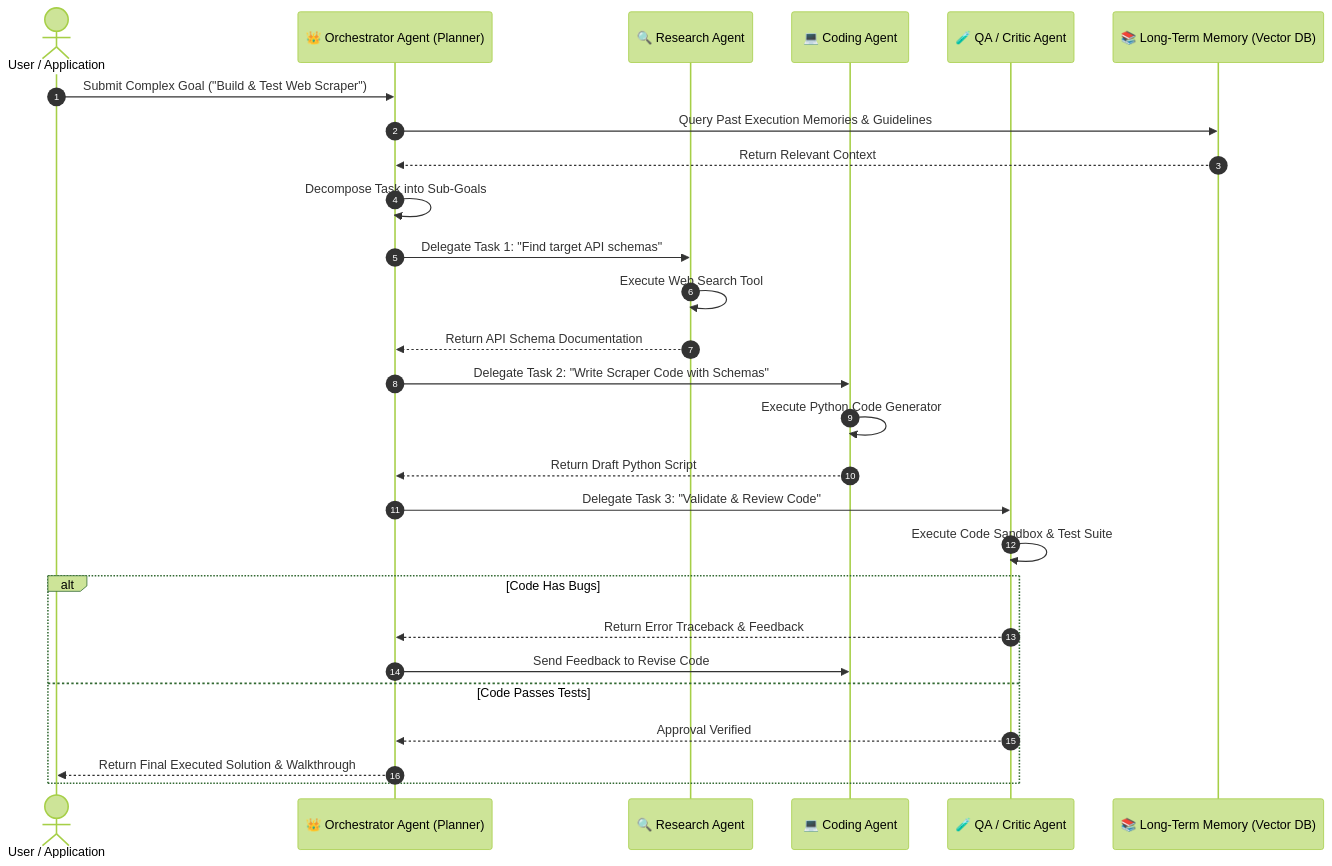
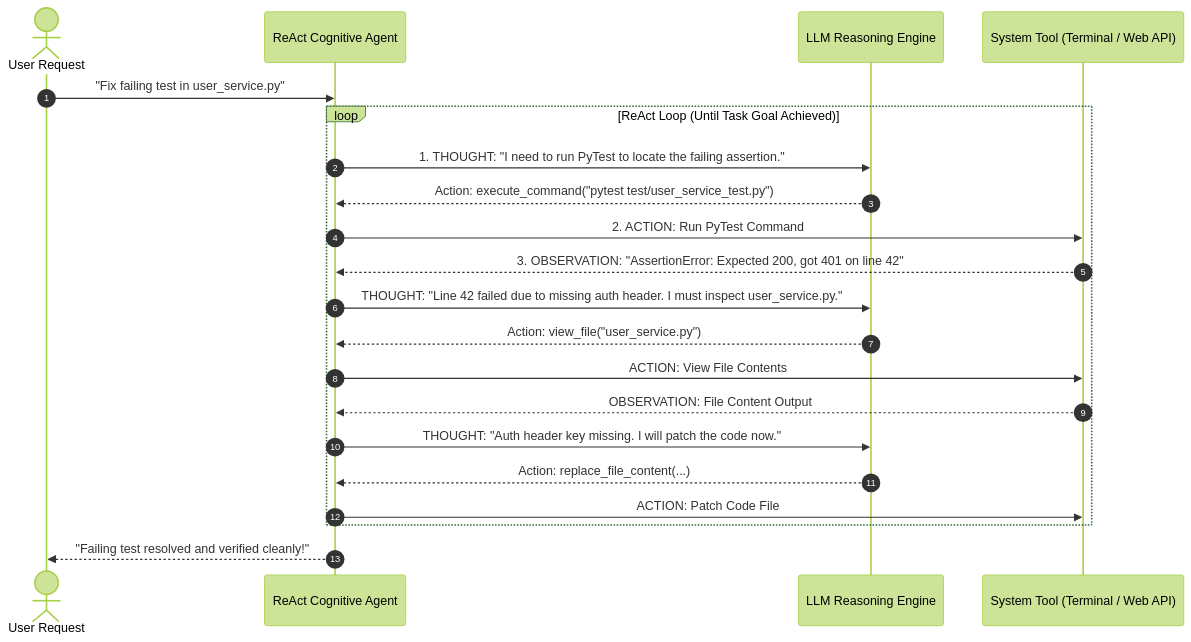
One commit to narojisivamurthi/Sprintboot-Test changed the second of 2 diagrams in ai/agent-ai.md. Above: the diagram before and after it, drawn with Mermaid (forest theme). The commit also changed other lines of this file and 17 other files, not shown here.

````diff
--- a/ai/agent-ai.md
+++ b/ai/agent-ai.md
@@ -39,33 +31,24 @@
 ```mermaid
 sequenceDiagram
     autonumber
-    actor User as User / Application
-    participant Orch as 👑 Orchestrator Agent (Planner)
-    participant Research as 🔍 Research Agent
-    participant Code as 💻 Coding Agent
-    participant QA as 🧪 QA / Critic Agent
-    participant VectorDB as 📚 Long-Term Memory (Vector DB)
+    actor User as User Request
+    participant Agent as ReAct Cognitive Agent
+    participant LLM as LLM Reasoning Engine
+    participant Tool as System Tool (Terminal / Web API)
 
-    User->>Orch: Submit Complex Goal ("Build & Test Web Scraper")
-    Orch->>VectorDB: Query Past Execution Memories & Guidelines
-    VectorDB-->>Orch: Return Relevant Context
-    Orch->>Orch: Decompose Task into Sub-Goals
-
-    Orch->>Research: Delegate Task 1: "Find target API schemas"
-    Research->>Research: Execute Web Search Tool
-    Research-->>Orch: Return API Schema Documentation
-
-    Orch->>Code: Delegate Task 2: "Write Scraper Code with Schemas"
-    Code->>Code: Execute Python Code Generator
-    Code-->>Orch: Return Draft Python Script
-
-    Orch->>QA: Delegate Task 3: "Validate & Review Code"
-    QA->>QA: Execute Code Sandbox & Test Suite
-    alt Code Has Bugs
-        QA-->>Orch: Return Error Traceback & Feedback
-        Orch->>Code: Send Feedback to Revise Code
-    else Code Passes Tests
-        QA-->>Orch: Approval Verified
-        Orch-->>User: Return Final Executed Solution & Walkthrough
+    User->>Agent: "Fix failing test in user_service.py"
+    loop ReAct Loop (Until Task Goal Achieved)
+        Agent->>LLM: 1. THOUGHT: "I need to run PyTest to locate the failing assertion."
+        LLM-->>Agent: Action: execute_command("pytest test/user_service_test.py")
+        Agent->>Tool: 2. ACTION: Run PyTest Command
+        Tool-->>Agent: 3. OBSERVATION: "AssertionError: Expected 200, got 401 on line 42"
+        Agent->>LLM: THOUGHT: "Line 42 failed due to missing auth header. I must inspect user_service.py."
+        LLM-->>Agent: Action: view_file("user_service.py")
+        Agent->>Tool: ACTION: View File Contents
+        Tool-->>Agent: OBSERVATION: File Content Output
+        Agent->>LLM: THOUGHT: "Auth header key missing. I will patch the code now."
+        LLM-->>Agent: Action: replace_file_content(...)
+        Agent->>Tool: ACTION: Patch Code File
     end
+    Agent-->>User: "Failing test resolved and verified cleanly!"
 ```
````
